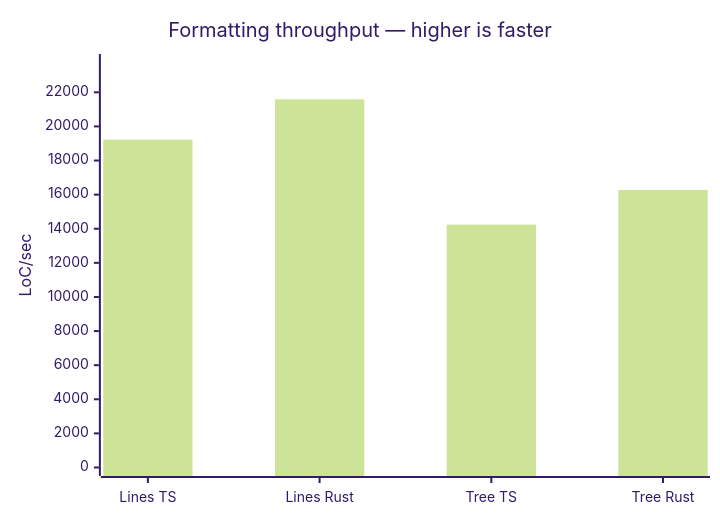
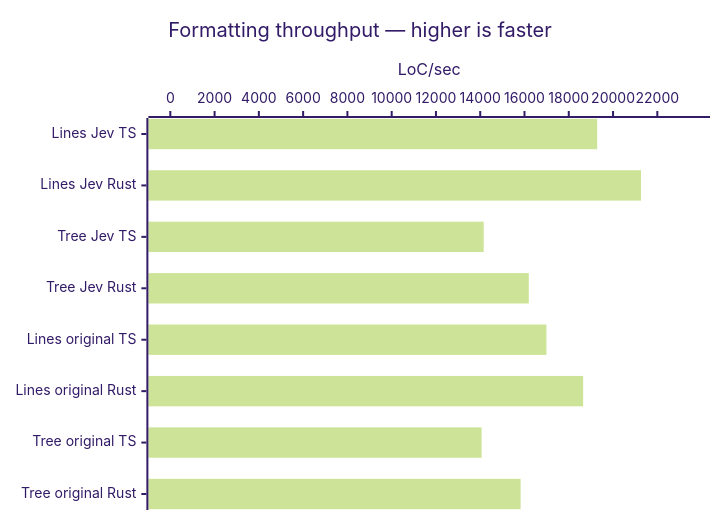
One commit to kossnocorp/spacer changed the sixth of 15 diagrams in docs/benchmark.md. Above: the diagram before and after it, drawn with Mermaid (forest theme). The commit also changed other lines of this file and 29 other files, not shown here.

````diff
--- a/docs/benchmark.md
+++ b/docs/benchmark.md
@@ -50,7 +93,7 @@
 ```mermaid
-xychart-beta
+xychart-beta horizontal
   title "Formatting throughput — higher is faster"
-  x-axis ["Lines TS", "Lines Rust", "Tree TS", "Tree Rust"]
-  y-axis "LoC/sec" 0 --> 23748
-  bar [19227, 21589, 14242, 16272]
+  x-axis ["Lines Jev TS", "Lines Jev Rust", "Tree Jev TS", "Tree Jev Rust", "Lines original TS", "Lines original Rust", "Tree original TS", "Tree original Rust"]
+  y-axis "LoC/sec" 0 --> 23389
+  bar [19284, 21262, 14157, 16194, 16992, 18648, 14064, 15825]
 ```
````
